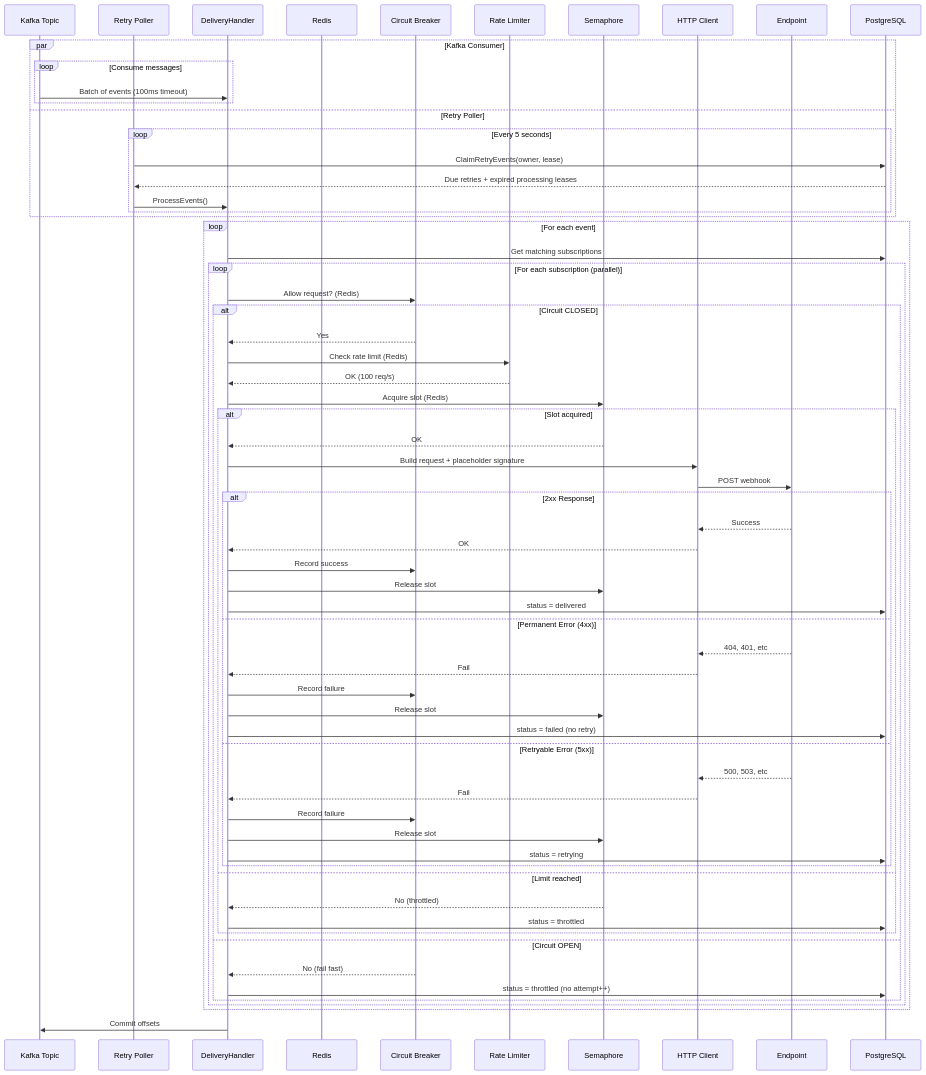
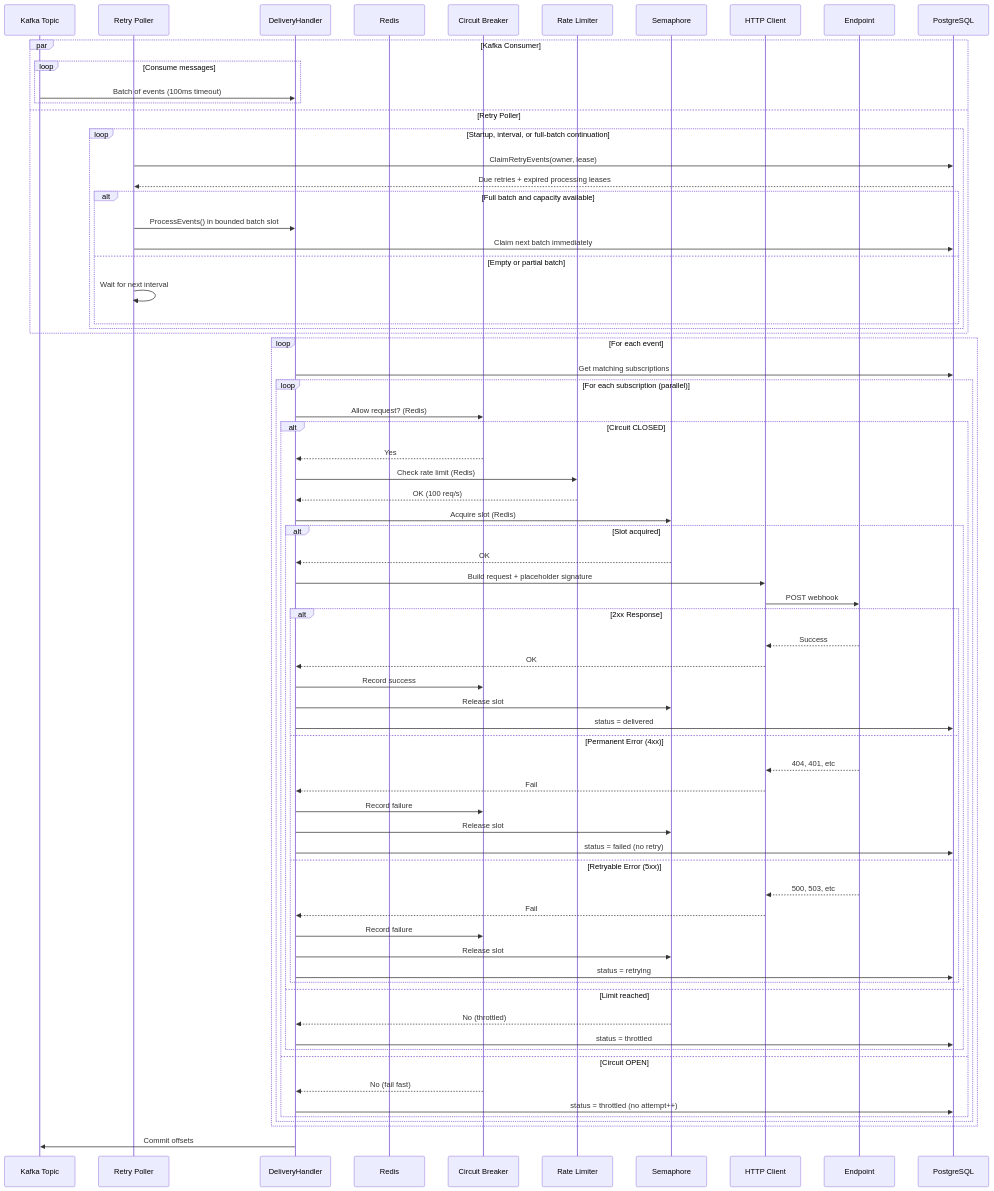
The fifth of 13 diagrams in docs/architecture.md (felipepmaragno/webhook-service), drawn with Mermaid before and after one commit. The commit also changed other lines of this file and 16 other files, not shown here.

````diff
--- a/docs/architecture.md
+++ b/docs/architecture.md
@@ -196,75 +196,80 @@
 ```mermaid
 sequenceDiagram
     participant Kafka as Kafka Topic
     participant Poller as Retry Poller
     participant Worker as DeliveryHandler
     participant Redis as Redis
     participant CB as Circuit Breaker
     participant RL as Rate Limiter
     participant Sem as Semaphore
     participant HTTP as HTTP Client
     participant Endpoint
     participant DB as PostgreSQL
 
     par Kafka Consumer
         loop Consume messages
             Kafka->>Worker: Batch of events (100ms timeout)
         end
     and Retry Poller
-        loop Every 5 seconds
+        loop Startup, interval, or full-batch continuation
             Poller->>DB: ClaimRetryEvents(owner, lease)
             DB-->>Poller: Due retries + expired processing leases
-            Poller->>Worker: ProcessEvents()
+            alt Full batch and capacity available
+                Poller->>Worker: ProcessEvents() in bounded batch slot
+                Poller->>DB: Claim next batch immediately
+            else Empty or partial batch
+                Poller->>Poller: Wait for next interval
+            end
         end
     end
     
     loop For each event
         Worker->>DB: Get matching subscriptions
         
         loop For each subscription (parallel)
             Worker->>CB: Allow request? (Redis)
             
             alt Circuit CLOSED
                 CB-->>Worker: Yes
                 Worker->>RL: Check rate limit (Redis)
                 RL-->>Worker: OK (100 req/s)
                 Worker->>Sem: Acquire slot (Redis)
                 
                 alt Slot acquired
                     Sem-->>Worker: OK
                     Worker->>HTTP: Build request + placeholder signature
                     HTTP->>Endpoint: POST webhook
                     
                     alt 2xx Response
                         Endpoint-->>HTTP: Success
                         HTTP-->>Worker: OK
                         Worker->>CB: Record success
                         Worker->>Sem: Release slot
                         Worker->>DB: status = delivered
                     else Permanent Error (4xx)
                         Endpoint-->>HTTP: 404, 401, etc
                         HTTP-->>Worker: Fail
                         Worker->>CB: Record failure
                         Worker->>Sem: Release slot
                         Worker->>DB: status = failed (no retry)
                     else Retryable Error (5xx)
                         Endpoint-->>HTTP: 500, 503, etc
                         HTTP-->>Worker: Fail
                         Worker->>CB: Record failure
                         Worker->>Sem: Release slot
                         Worker->>DB: status = retrying
                     end
                 else Limit reached
                     Sem-->>Worker: No (throttled)
                     Worker->>DB: status = throttled
                 end
                 
             else Circuit OPEN
                 CB-->>Worker: No (fail fast)
                 Worker->>DB: status = throttled (no attempt++)
             end
         end
     end
     
     Worker->>Kafka: Commit offsets
 ```
````
